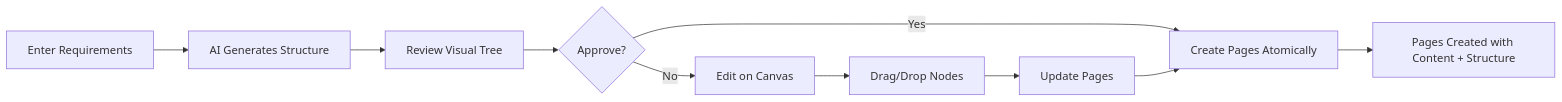
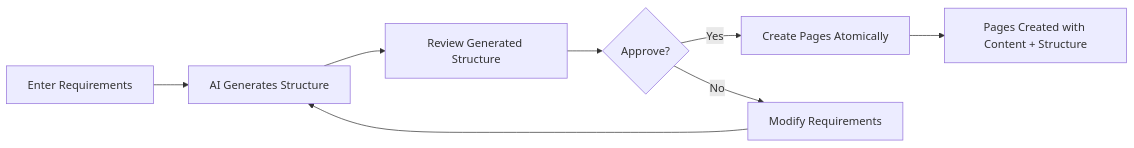
Before and after one commit to zanganeh/catalyst-studio: the diagram in docs/epic8-brownfield-prd.md, drawn with Mermaid. The commit also changed other lines of this file and 2 other files, not shown here.

````diff
--- a/docs/epic8-brownfield-prd.md
+++ b/docs/epic8-brownfield-prd.md
@@ -198,12 +178,10 @@
 ```mermaid
 graph LR
     A[Enter Requirements] --> B[AI Generates Structure]
-    B --> C[Review Visual Tree]
+    B --> C[Review Generated Structure]
     C --> D{Approve?}
     D -->|Yes| E[Create Pages Atomically]
-    D -->|No| F[Edit on Canvas]
-    F --> G[Drag/Drop Nodes]
-    G --> H[Update Pages]
-    H --> E
-    E --> I[Pages Created with Content + Structure]
+    D -->|No| F[Modify Requirements]
+    F --> B
+    E --> G[Pages Created with Content + Structure]
 ```
````
